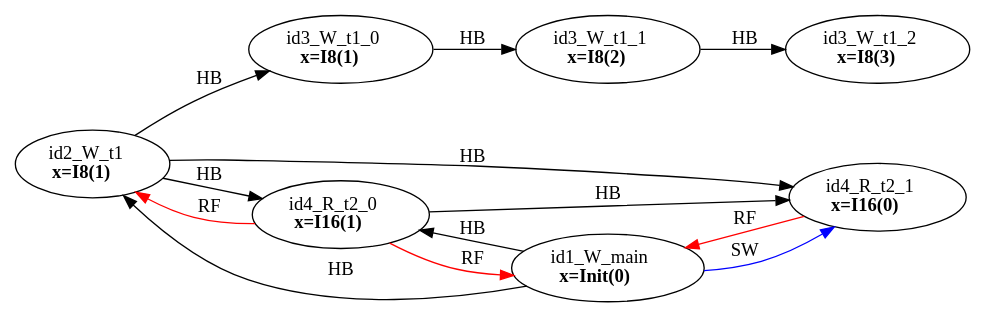
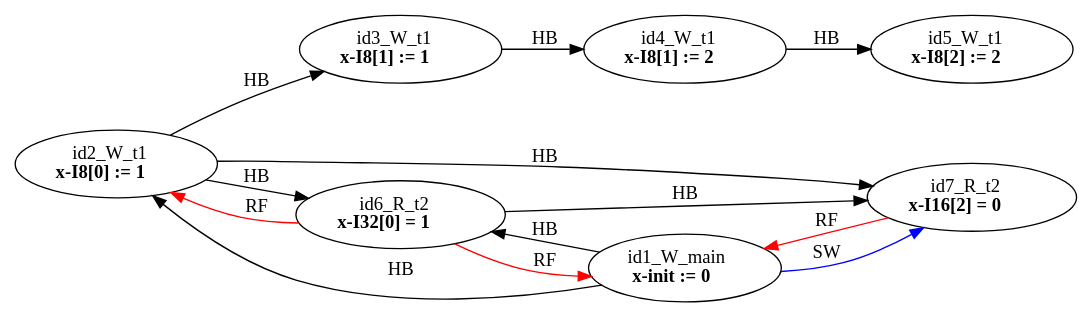
The diagram in examples/single_var/sv_simple16/mm2.dot (FMJS/EMME), drawn with Graphviz before and after one commit. The commit also changed 481 other files, not shown here.

```diff
--- a/examples/single_var/sv_simple16/mm2.dot
+++ b/examples/single_var/sv_simple16/mm2.dot
@@ -1,23 +1,23 @@
 digraph memory_model {
 rankdir=LR;
 splines=true; esep=0.5;
-id2_W_t1 -> id3_W_t1_0 [label = "HB", color="black"];
-id3_W_t1_0 -> id3_W_t1_1 [label = "HB", color="black"];
-id3_W_t1_1 -> id3_W_t1_2 [label = "HB", color="black"];
-id4_R_t2_0 -> id4_R_t2_1 [label = "HB", color="black"];
+id2_W_t1 -> id3_W_t1 [label = "HB", color="black"];
+id3_W_t1 -> id4_W_t1 [label = "HB", color="black"];
+id4_W_t1 -> id5_W_t1 [label = "HB", color="black"];
+id6_R_t2 -> id7_R_t2 [label = "HB", color="black"];
 id1_W_main -> id2_W_t1 [label = "HB", color="black"];
-id1_W_main -> id4_R_t2_0 [label = "HB", color="black"];
-id2_W_t1 -> id4_R_t2_0 [label = "HB", color="black"];
-id2_W_t1 -> id4_R_t2_1 [label = "HB", color="black"];
-id4_R_t2_0 -> id1_W_main [label = "RF", color="red"];
-id4_R_t2_0 -> id2_W_t1 [label = "RF", color="red"];
-id4_R_t2_1 -> id1_W_main [label = "RF", color="red"];
-id1_W_main -> id4_R_t2_1 [label = "SW", color="blue"];
-id1_W_main [label=<id1_W_main<br/><B>x=Init(0)</B>>, pos="2.5,8!"]
-id2_W_t1 [label=<id2_W_t1<br/><B>x=I8(1)</B>>, pos="0,6!"]
-id3_W_t1_0 [label=<id3_W_t1_0<br/><B>x=I8(1)</B>>, pos="0,4!"]
-id3_W_t1_1 [label=<id3_W_t1_1<br/><B>x=I8(2)</B>>, pos="0,2!"]
-id3_W_t1_2 [label=<id3_W_t1_2<br/><B>x=I8(3)</B>>, pos="0,0!"]
-id4_R_t2_0 [label=<id4_R_t2_0<br/><B>x=I16(1)</B>>, pos="5,6!"]
-id4_R_t2_1 [label=<id4_R_t2_1<br/><B>x=I16(0)</B>>, pos="5,4!"]
+id1_W_main -> id6_R_t2 [label = "HB", color="black"];
+id2_W_t1 -> id6_R_t2 [label = "HB", color="black"];
+id2_W_t1 -> id7_R_t2 [label = "HB", color="black"];
+id6_R_t2 -> id1_W_main [label = "RF", color="red"];
+id6_R_t2 -> id2_W_t1 [label = "RF", color="red"];
+id7_R_t2 -> id1_W_main [label = "RF", color="red"];
+id1_W_main -> id7_R_t2 [label = "SW", color="blue"];
+id1_W_main [label=<id1_W_main<br/><B>x-init := 0</B>>, pos="2.5,8!"]
+id2_W_t1 [label=<id2_W_t1<br/><B>x-I8[0] := 1</B>>, pos="0,6!"]
+id3_W_t1 [label=<id3_W_t1<br/><B>x-I8[1] := 1</B>>, pos="0,4!"]
+id4_W_t1 [label=<id4_W_t1<br/><B>x-I8[1] := 2</B>>, pos="0,2!"]
+id5_W_t1 [label=<id5_W_t1<br/><B>x-I8[2] := 2</B>>, pos="0,0!"]
+id6_R_t2 [label=<id6_R_t2<br/><B>x-I32[0] = 1</B>>, pos="5,6!"]
+id7_R_t2 [label=<id7_R_t2<br/><B>x-I16[2] = 0</B>>, pos="5,4!"]
 }
```
